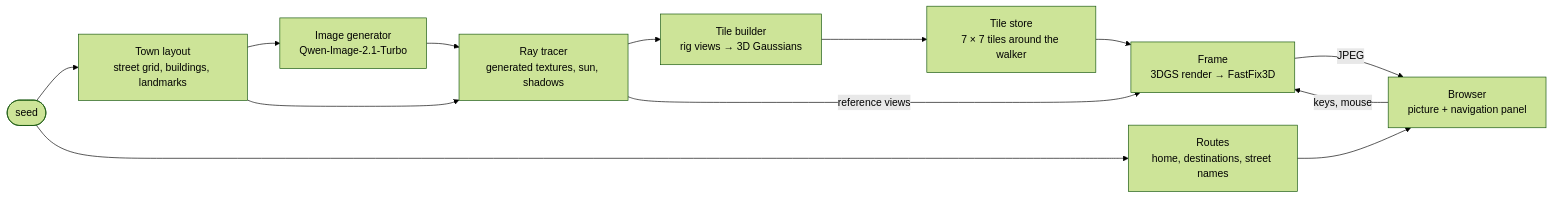
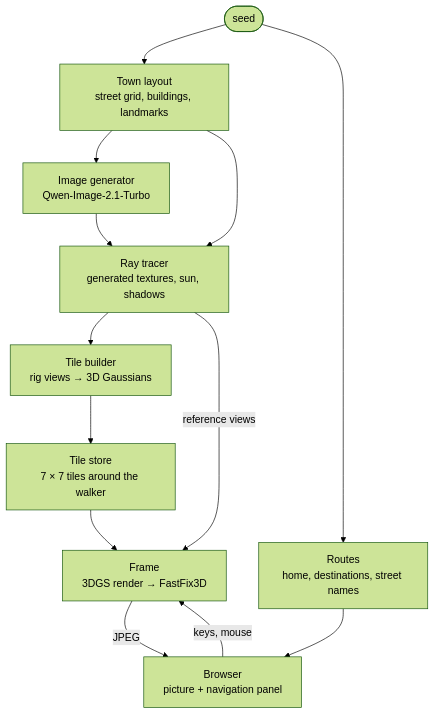
Before and after one commit to Cerynitius/3dgen: the diagram in README.md, drawn with Mermaid (forest theme).

Commit message:
README: vertical architecture diagram

````diff
--- a/README.md
+++ b/README.md
@@ -34,15 +34,15 @@
 ```mermaid
-flowchart LR
+flowchart TD
   seed([seed]) --> town["Town layout<br/>street grid, buildings, landmarks"]
   seed --> routes["Routes<br/>home, destinations, street names"]
   town --> gen["Image generator<br/>Qwen-Image-2.1-Turbo"]
   town --> rt["Ray tracer<br/>generated textures, sun, shadows"]
   gen --> rt
   rt --> tiles["Tile builder<br/>rig views → 3D Gaussians"]
   tiles --> store["Tile store<br/>7 × 7 tiles around the walker"]
   store --> frame["Frame<br/>3DGS render → FastFix3D"]
   rt -- reference views --> frame
   frame -- JPEG --> page["Browser<br/>picture + navigation panel"]
   routes --> page
   page -- keys, mouse --> frame
 ```
````
